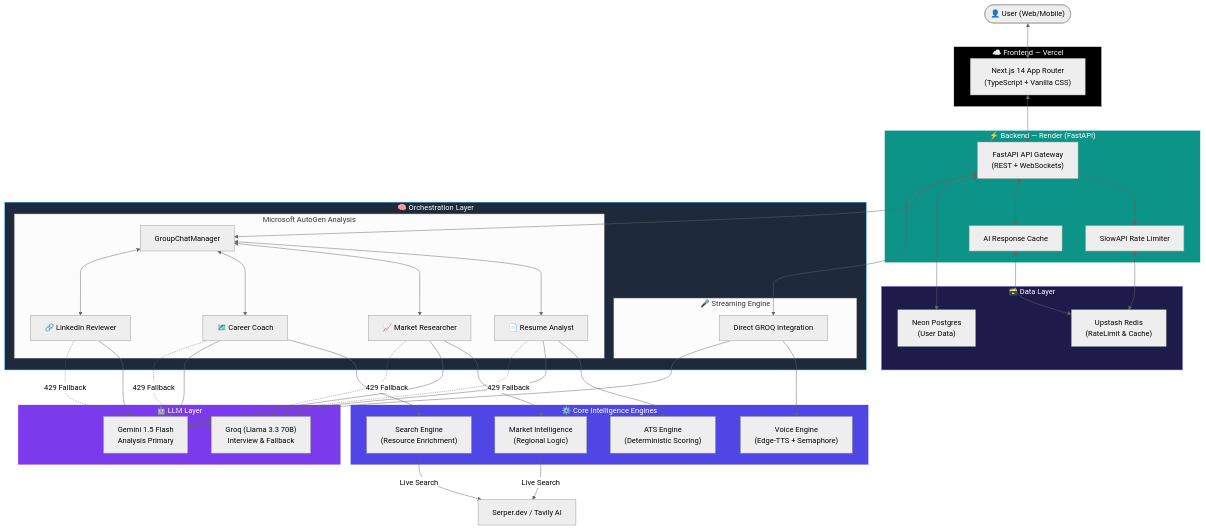
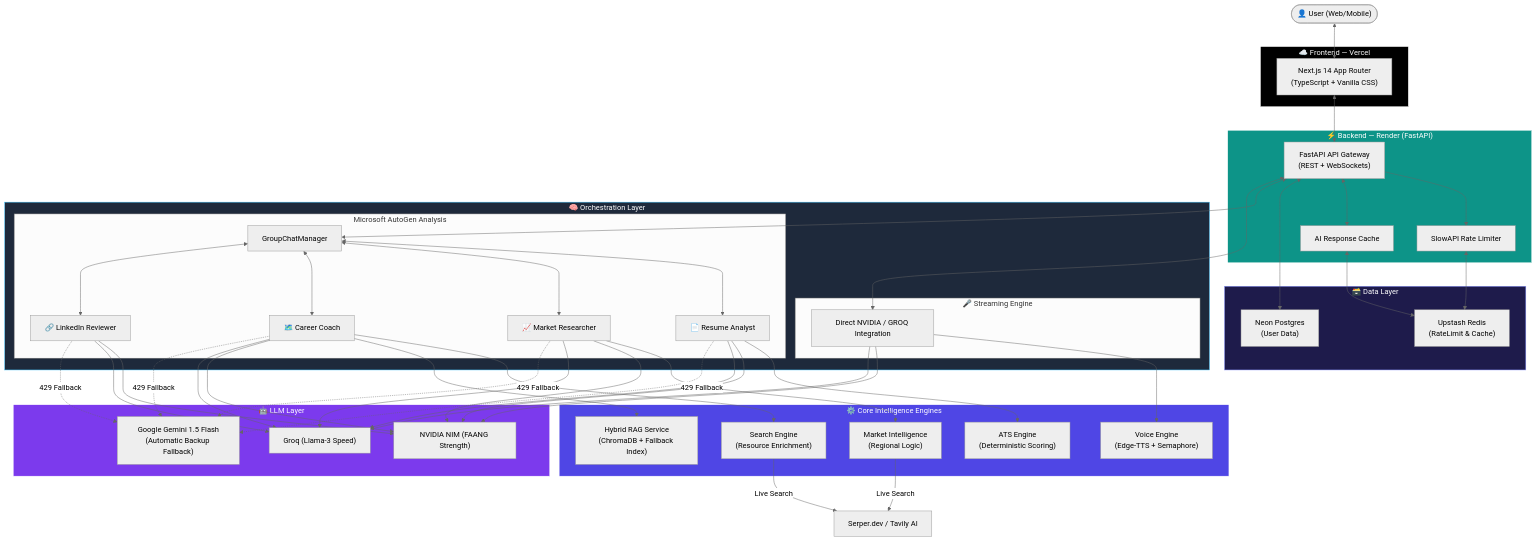
One commit to Anil-Pradhan-web/ai-career-mentor changed the diagram in README.md. Above: the diagram before and after it, drawn with Mermaid (neutral theme). The commit also changed other lines of this file, not shown here.

Commit message:
docs: completely rewrite README.md with advanced RAG, NVIDIA NIM integration, and Next.js build updates

````diff
--- a/README.md
+++ b/README.md
@@ -150,73 +94,76 @@
 ```mermaid
 flowchart TD
     User(["👤 User (Web/Mobile)"])
     
     subgraph Frontend ["☁️ Frontend — Vercel"]
         NextJS["Next.js 14 App Router\n(TypeScript + Vanilla CSS)"]
     end
 
     subgraph Backend ["⚡ Backend — Render (FastAPI)"]
         API["FastAPI API Gateway\n(REST + WebSockets)"]
         RateLimit["SlowAPI Rate Limiter"]
         Cache["AI Response Cache"]
     end
 
     subgraph Orchestration ["🧠 Orchestration Layer"]
         subgraph AutoGen ["Microsoft AutoGen Analysis"]
             Manager["GroupChatManager"]
             A1["📄 Resume Analyst"]
             A2["📈 Market Researcher"]
             A3["🗺️ Career Coach"]
             A4["🔗 LinkedIn Reviewer"]
         end
         
         subgraph Interview ["🎤 Streaming Engine"]
-            DirectLLM["Direct GROQ Integration"]
+            DirectLLM["Direct NVIDIA / GROQ Integration"]
         end
     end
 
     subgraph Intelligence ["⚙️ Core Intelligence Engines"]
         ATS["ATS Engine\n(Deterministic Scoring)"]
         Market["Market Intelligence\n(Regional Logic)"]
         Search["Search Engine\n(Resource Enrichment)"]
         Voice["Voice Engine\n(Edge-TTS + Semaphore)"]
+        RAG["Hybrid RAG Service\n(ChromaDB + Fallback Index)"]
     end
 
     subgraph LLM ["🤖 LLM Layer"]
-        GROQ["Groq (Llama 3.3 70B)\nInterview & Fallback"]
-        GEMINI["Gemini 1.5 Flash\nAnalysis Primary"]
+        NVIDIA["NVIDIA NIM (FAANG Strength)"]
+        GROQ["Groq (Llama-3 Speed)"]
+        GEMINI["Google Gemini 1.5 Flash\n(Automatic Backup Fallback)"]
     end
 
     subgraph Data ["🗃️ Data Layer"]
         Postgres["Neon Postgres\n(User Data)"]
         Redis["Upstash Redis\n(RateLimit & Cache)"]
     end
 
     User <--> NextJS
     NextJS <--> API
     API --> RateLimit <--> Redis
     API <--> Cache <--> Redis
     API <--> Postgres
     
     API <--> Manager
     Manager <--> A1 & A2 & A3 & A4
     API <--> DirectLLM
     
     A1 --> ATS
     A2 --> Market
     A3 --> Search
+    A3 --> RAG
     DirectLLM --> Voice
     
-    A1 & A2 & A3 & A4 --> GEMINI
-    A1 & A2 & A3 & A4 -.->|"429 Fallback"| GROQ
-    DirectLLM --> GROQ
+    A1 & A2 & A3 & A4 --> NVIDIA & GROQ
+    A1 & A2 & A3 & A4 -.->|"429 Fallback"| GEMINI
+    DirectLLM --> NVIDIA & GROQ
     
     Market & Search -->|"Live Search"| SERPER["Serper.dev / Tavily AI"]
 
     style Frontend fill:#000,stroke:#fff,color:#fff
     style Backend fill:#0D9488,stroke:#fff,color:#fff
     style Orchestration fill:#1E293B,stroke:#38BDF8,color:#fff
     style Intelligence fill:#4F46E5,stroke:#fff,color:#fff
     style LLM fill:#7C3AED,stroke:#fff,color:#fff
     style Data fill:#1E1B4B,stroke:#818cf8,color:#fff
 ```
````
